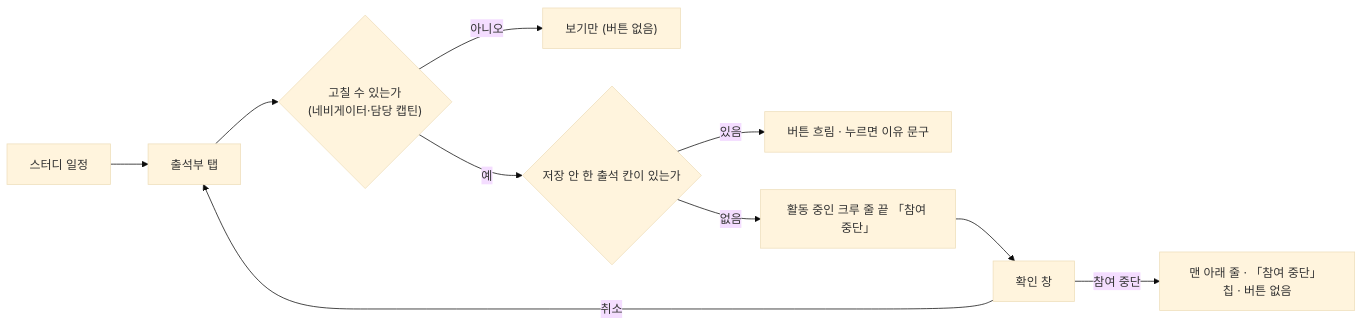
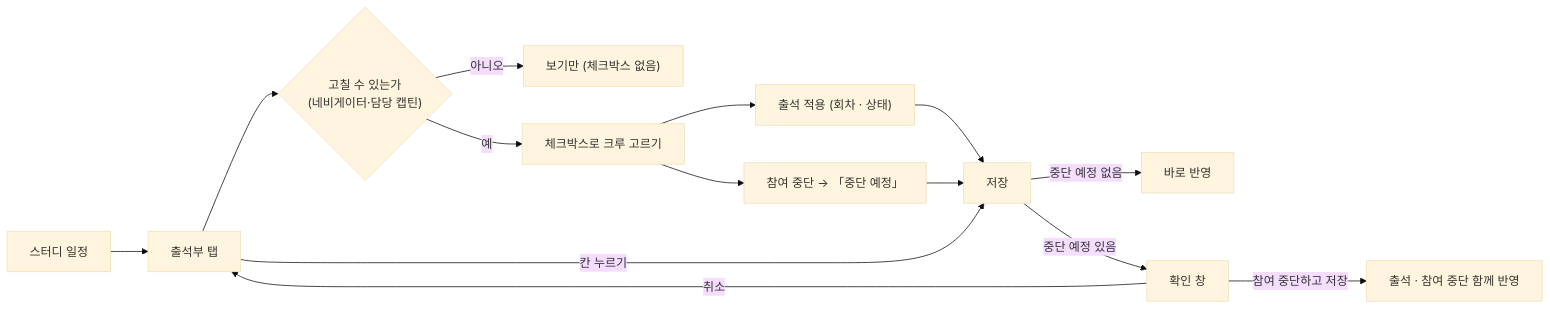
Before and after one commit to StudyClub-PlusPlus/studyclub-engineering: the first of 2 diagrams in 01-planning/stories/navigator-withdraw-participant/PRD.md, drawn with Mermaid (base theme). The commit also changed other lines of this file and 8 other files, not shown here.

````diff
--- a/01-planning/stories/navigator-withdraw-participant/PRD.md
+++ b/01-planning/stories/navigator-withdraw-participant/PRD.md
@@ -11,12 +11,16 @@
 ```mermaid
 flowchart LR
   A["스터디 일정"] --> B["출석부 탭"]
   B --> C{"고칠 수 있는가<br>(네비게이터·담당 캡틴)"}
-  C -->|아니오| D["보기만 (버튼 없음)"]
-  C -->|예| E{"저장 안 한 출석 칸이 있는가"}
-  E -->|있음| F["버튼 흐림 · 누르면 이유 문구"]
-  E -->|없음| G["활동 중인 크루 줄 끝 「참여 중단」"]
-  G --> H["확인 창"]
-  H -->|참여 중단| J["맨 아래 줄 · 「참여 중단」 칩 · 버튼 없음"]
-  H -->|취소| B
+  C -->|아니오| D["보기만 (체크박스 없음)"]
+  C -->|예| E["체크박스로 크루 고르기"]
+  E --> F["출석 적용 (회차 · 상태)"]
+  E --> G["참여 중단 → 「중단 예정」"]
+  F --> H["저장"]
+  G --> H
+  B -->|칸 누르기| H
+  H -->|중단 예정 없음| I["바로 반영"]
+  H -->|중단 예정 있음| J["확인 창"]
+  J -->|참여 중단하고 저장| K["출석 · 참여 중단 함께 반영"]
+  J -->|취소| B
 ```
````
